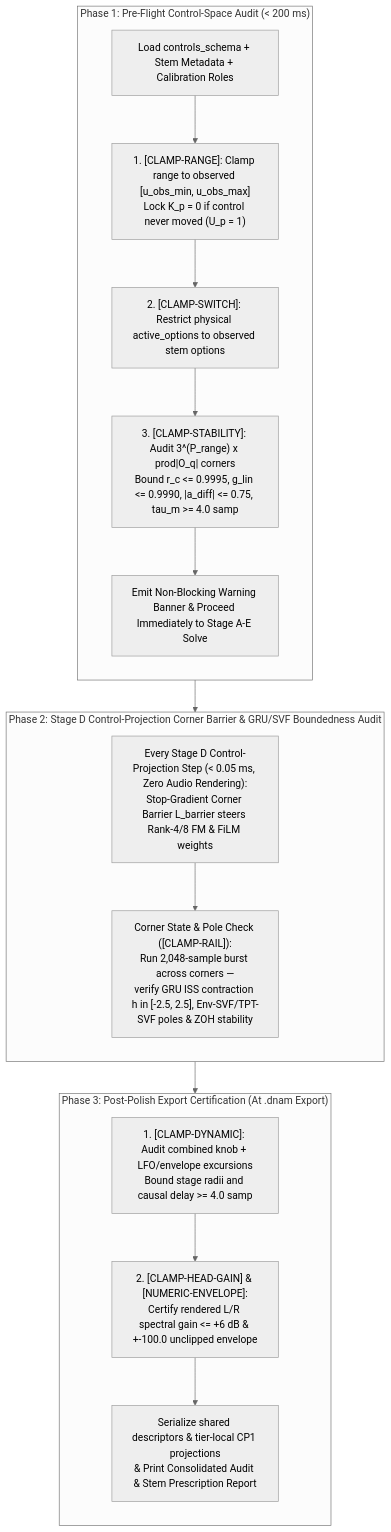
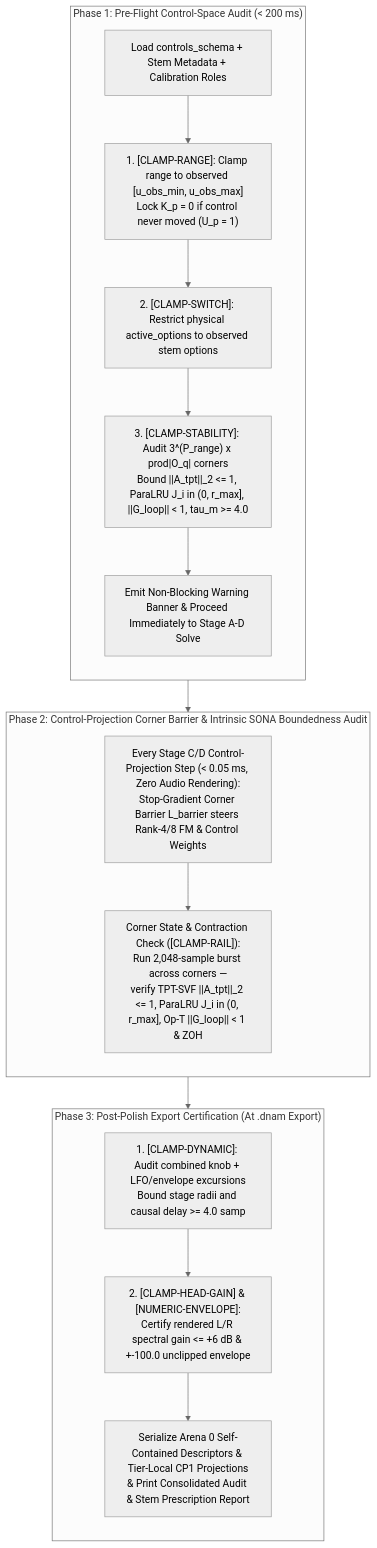
One commit to mokugen/dnam changed the diagram in docs/specs/training/control_space_audit.md. Above: the diagram before and after it, drawn with Mermaid (neutral theme). The commit also changed other lines of this file and 99 other files, not shown here.

Commit message:
docs(specs): cut over canonical architecture and v3.0 specs to SONA + WebGPU

````diff
--- a/docs/specs/training/control_space_audit.md
+++ b/docs/specs/training/control_space_audit.md
@@ -24,23 +24,23 @@
 ```mermaid
 flowchart TD
     subgraph P1 ["Phase 1: Pre-Flight Control-Space Audit (< 200 ms)"]
         direction TB
         S0["Load controls_schema + Stem Metadata + Calibration Roles"] --> CRange["1. [CLAMP-RANGE]: Clamp range to observed [u_obs_min, u_obs_max]<br/>Lock K_p = 0 if control never moved (U_p = 1)"]
         CRange --> CSwitch["2. [CLAMP-SWITCH]: Restrict physical active_options to observed stem options"]
-        CSwitch --> CStab["3. [CLAMP-STABILITY]: Audit 3^(P_range) x prod|O_q| corners<br/>Bound r_c <= 0.9995, g_lin <= 0.9990, |a_diff| <= 0.75, tau_m >= 4.0 samp"]
-        CStab --> Warn["Emit Non-Blocking Warning Banner & Proceed Immediately to Stage A-E Solve"]
+        CSwitch --> CStab["3. [CLAMP-STABILITY]: Audit 3^(P_range) x prod|O_q| corners<br/>Bound ||A_tpt||_2 <= 1, ParaLRU J_i in (0, r_max], ||G_loop|| < 1, tau_m >= 4.0"]
+        CStab --> Warn["Emit Non-Blocking Warning Banner & Proceed Immediately to Stage A-D Solve"]
     end
 
-    subgraph P2 ["Phase 2: Stage D Control-Projection Corner Barrier & GRU/SVF Boundedness Audit"]
+    subgraph P2 ["Phase 2: Control-Projection Corner Barrier & Intrinsic SONA Boundedness Audit"]
         direction TB
-        Step["Every Stage D Control-Projection Step (< 0.05 ms, Zero Audio Rendering):<br/>Stop-Gradient Corner Barrier L_barrier steers Rank-4/8 FM & FiLM weights"] --> Rail["Corner State & Pole Check ([CLAMP-RAIL]):<br/>Run 2,048-sample burst across corners —<br/>verify GRU ISS contraction h in [-2.5, 2.5], Env-SVF/TPT-SVF poles & ZOH stability"]
+        Step["Every Stage C/D Control-Projection Step (< 0.05 ms, Zero Audio Rendering):<br/>Stop-Gradient Corner Barrier L_barrier steers Rank-4/8 FM & Control Weights"] --> Rail["Corner State & Contraction Check ([CLAMP-RAIL]):<br/>Run 2,048-sample burst across corners —<br/>verify TPT-SVF ||A_tpt||_2 <= 1, ParaLRU J_i in (0, r_max], Op-T ||G_loop|| < 1 & ZOH"]
     end
 
     subgraph P3 ["Phase 3: Post-Polish Export Certification (At .dnam Export)"]
         direction TB
         CDyn["1. [CLAMP-DYNAMIC]: Audit combined knob + LFO/envelope excursions<br/>Bound stage radii and causal delay >= 4.0 samp"] --> CHead["2. [CLAMP-HEAD-GAIN] & [NUMERIC-ENVELOPE]:<br/>Certify rendered L/R spectral gain <= +6 dB & +-100.0 unclipped envelope"]
-        CHead --> Out["Serialize shared descriptors & tier-local CP1 projections<br/>& Print Consolidated Audit & Stem Prescription Report"]
+        CHead --> Out["Serialize Arena 0 Self-Contained Descriptors & Tier-Local CP1 Projections<br/>& Print Consolidated Audit & Stem Prescription Report"]
     end
 
     P1 --> P2 --> P3
 ```
````
